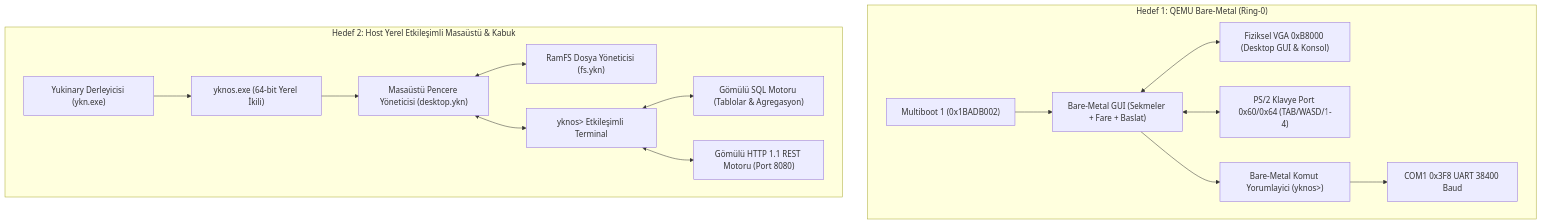
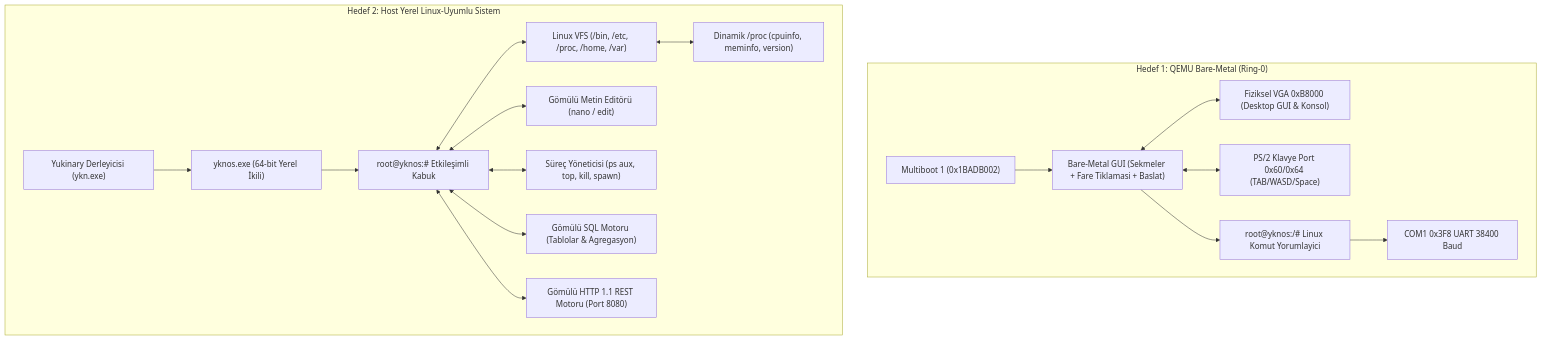
One commit to ykncode/yukinary changed the diagram in examples/yknos/README.md. Above: the diagram before and after it, drawn with Mermaid. The commit also changed other lines of this file and 10 other files, not shown here.

Commit message:
feat(yknos): upgrade to full Linux-compatible subsystem with VFS, procfs, nano editor, process management, and clickable GUI

````diff
--- a/examples/yknos/README.md
+++ b/examples/yknos/README.md
@@ -33,34 +39,38 @@
 ```mermaid
 flowchart TD
     subgraph Hedef1 ["Hedef 1: QEMU Bare-Metal (Ring-0)"]
         MB["Multiboot 1 (0x1BADB002)"]
         VGA_HW["Fiziksel VGA 0xB8000 (Desktop GUI & Konsol)"]
-        PS2_HW["PS/2 Klavye Port 0x60/0x64 (TAB/WASD/1-4)"]
+        PS2_HW["PS/2 Klavye Port 0x60/0x64 (TAB/WASD/Space)"]
         COM1_HW["COM1 0x3F8 UART 38400 Baud"]
-        BM_GUI["Bare-Metal GUI (Sekmeler + Fare + Baslat)"]
-        BM_SHELL["Bare-Metal Komut Yorumlayici (yknos>)"]
+        BM_GUI["Bare-Metal GUI (Sekmeler + Fare Tiklamasi + Baslat)"]
+        BM_SHELL["root@yknos:/# Linux Komut Yorumlayici"]
 
         MB --> BM_GUI
         BM_GUI <--> VGA_HW
         BM_GUI <--> PS2_HW
         BM_GUI --> BM_SHELL
         BM_SHELL --> COM1_HW
     end
 
-    subgraph Hedef2 ["Hedef 2: Host Yerel Etkileşimli Masaüstü & Kabuk"]
+    subgraph Hedef2 ["Hedef 2: Host Yerel Linux-Uyumlu Sistem"]
         YKN_COMP["Yukinary Derleyicisi (ykn.exe)"]
         YKN_EXE["yknos.exe (64-bit Yerel İkili)"]
-        DESKTOP_MGR["Masaüstü Pencere Yöneticisi (desktop.ykn)"]
-        FILE_MGR["RamFS Dosya Yöneticisi (fs.ykn)"]
-        LIVE_SHELL["yknos> Etkileşimli Terminal"]
+        LINUX_VFS["Linux VFS (/bin, /etc, /proc, /home, /var)"]
+        PROC_FS["Dinamik /proc (cpuinfo, meminfo, version)"]
+        NANO_ED["Gömülü Metin Editörü (nano / edit)"]
+        PROC_MGR["Süreç Yöneticisi (ps aux, top, kill, spawn)"]
+        LIVE_SHELL["root@yknos:<cwd># Etkileşimli Kabuk"]
         SQL_CORE["Gömülü SQL Motoru (Tablolar & Agregasyon)"]
         HTTP_CORE["Gömülü HTTP 1.1 REST Motoru (Port 8080)"]
 
         YKN_COMP --> YKN_EXE
-        YKN_EXE --> DESKTOP_MGR
-        DESKTOP_MGR <--> FILE_MGR
-        DESKTOP_MGR <--> LIVE_SHELL
+        YKN_EXE --> LIVE_SHELL
+        LIVE_SHELL <--> LINUX_VFS
+        LINUX_VFS <--> PROC_FS
+        LIVE_SHELL <--> NANO_ED
+        LIVE_SHELL <--> PROC_MGR
         LIVE_SHELL <--> SQL_CORE
         LIVE_SHELL <--> HTTP_CORE
     end
 ```
````
